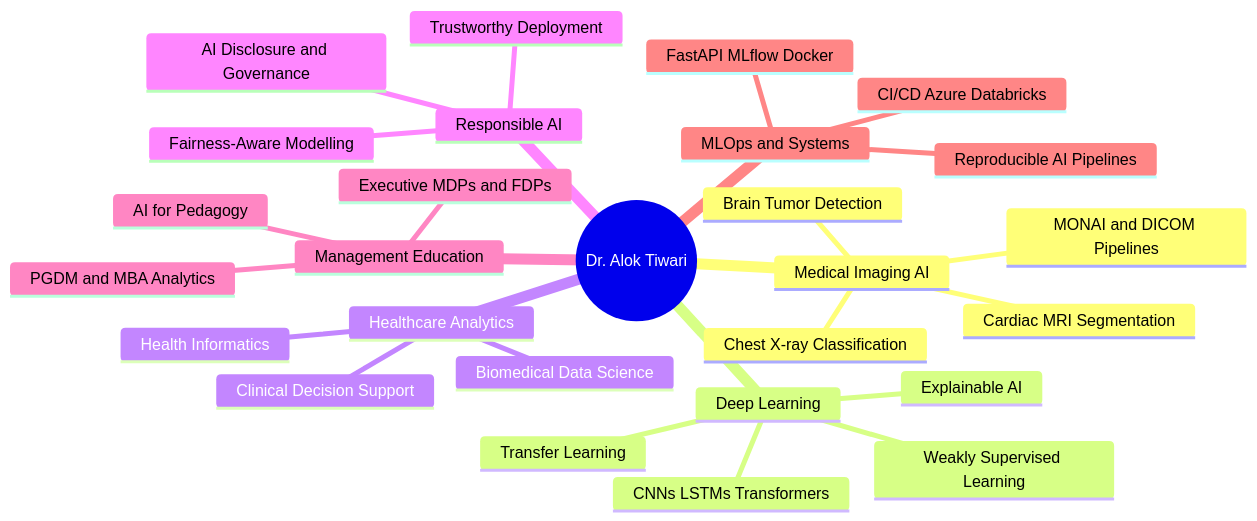
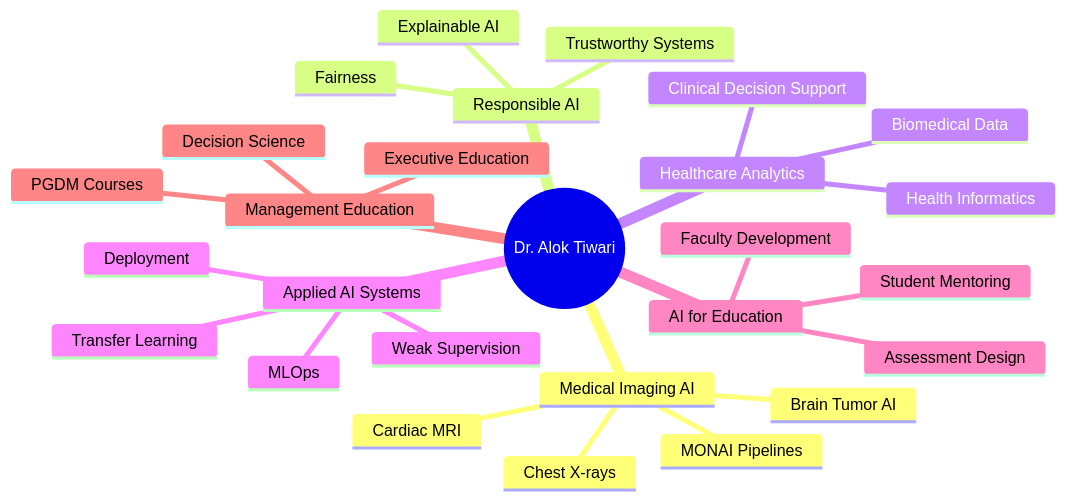
Before and after one commit to dr-alok-tiwari/dr-alok-tiwari: the diagram in README.md, drawn with Mermaid. The commit also changed other lines of this file, not shown here.

````diff
--- a/README.md
+++ b/README.md
@@ -47,30 +218,30 @@
 ```mermaid
 mindmap
   root((Dr. Alok Tiwari))
     Medical Imaging AI
-      Chest X-ray Classification
-      Cardiac MRI Segmentation
-      Brain Tumor Detection
-      MONAI and DICOM Pipelines
-    Deep Learning
-      Transfer Learning
-      Weakly Supervised Learning
-      CNNs LSTMs Transformers
+      Chest X-rays
+      Cardiac MRI
+      Brain Tumor AI
+      MONAI Pipelines
+    Responsible AI
       Explainable AI
+      Fairness
+      Trustworthy Systems
     Healthcare Analytics
       Clinical Decision Support
       Health Informatics
-      Biomedical Data Science
-    Responsible AI
-      Fairness-Aware Modelling
-      AI Disclosure and Governance
-      Trustworthy Deployment
+      Biomedical Data
+    Applied AI Systems
+      Transfer Learning
+      Weak Supervision
+      Deployment
+      MLOps
+    AI for Education
+      Assessment Design
+      Faculty Development
+      Student Mentoring
     Management Education
-      PGDM and MBA Analytics
-      Executive MDPs and FDPs
-      AI for Pedagogy
-    MLOps and Systems
-      FastAPI MLflow Docker
-      CI/CD Azure Databricks
-      Reproducible AI Pipelines
+      PGDM Courses
+      Executive Education
+      Decision Science
 ```
````
